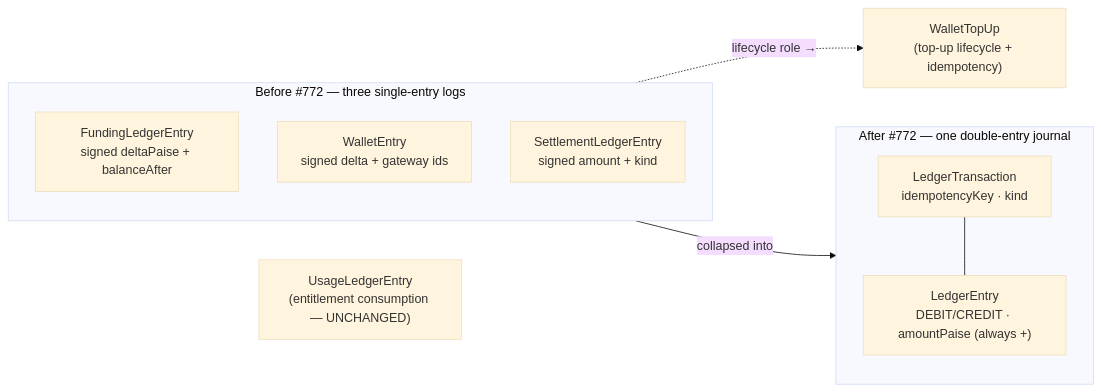
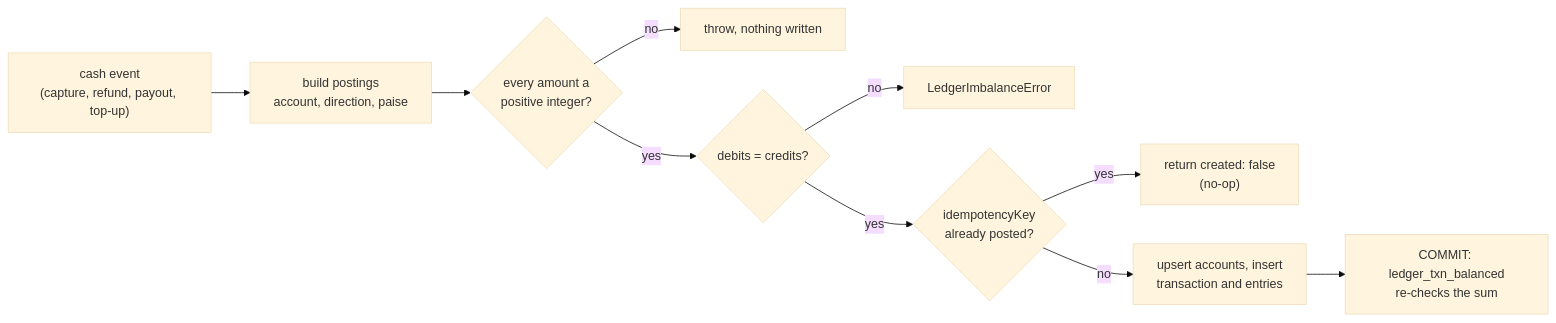
The diagram in docs/finance/20-ledger/01-double-entry-model.md (Practitionist/familiarise_web), drawn with Mermaid (base theme) before and after one commit. The commit also changed other lines of this file and 17 other files, not shown here.

First line of the commit message:
docs(finance): rewrite capture, ledger and refunds sections (package A)

````diff
--- a/docs/finance/20-ledger/01-double-entry-model.md
+++ b/docs/finance/20-ledger/01-double-entry-model.md
@@ -35,19 +30,12 @@
 ```mermaid
 flowchart LR
-  subgraph OLD["Before #772 — three single-entry logs"]
-    direction TB
-    F["FundingLedgerEntry<br/>signed deltaPaise + balanceAfter"]
-    W["WalletEntry<br/>signed delta + gateway ids"]
-    S["SettlementLedgerEntry<br/>signed amount + kind"]
-  end
-  subgraph NEW["After #772 — one double-entry journal"]
-    direction TB
-    T["LedgerTransaction<br/>idempotencyKey · kind"]
-    E["LedgerEntry<br/>DEBIT/CREDIT · amountPaise (always +)"]
-    T --- E
-  end
-  OLD -->|"collapsed into"| NEW
-  WT["WalletTopUp<br/>(top-up lifecycle + idempotency)"]
-  UL["UsageLedgerEntry<br/>(entitlement consumption — UNCHANGED)"]
-  W -.->|"lifecycle role →"| WT
+  E["cash event<br/>(capture, refund, payout, top-up)"] --> P["build postings<br/>account, direction, paise"]
+  P --> C{"every amount a<br/>positive integer?"}
+  C -- no --> X1["throw, nothing written"]
+  C -- yes --> D{"debits = credits?"}
+  D -- no --> X2["LedgerImbalanceError"]
+  D -- yes --> K{"idempotencyKey<br/>already posted?"}
+  K -- yes --> N["return created: false<br/>(no-op)"]
+  K -- no --> W["upsert accounts, insert<br/>transaction and entries"]
+  W --> T["COMMIT: ledger_txn_balanced<br/>re-checks the sum"]
 ```
````
